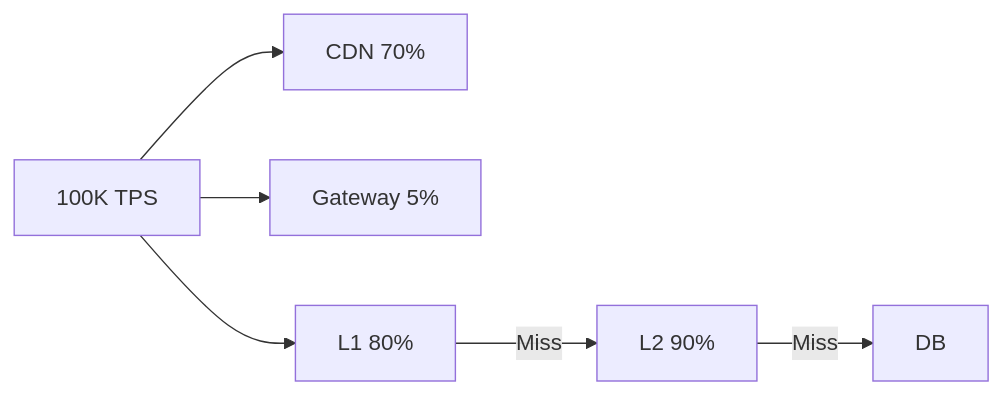
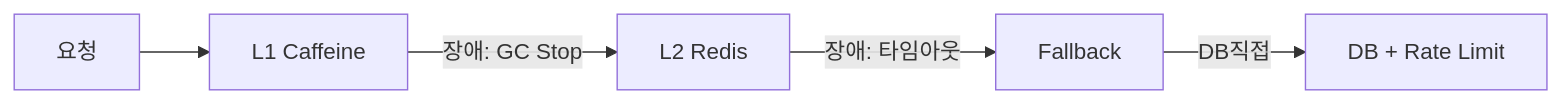
One commit to yjkim2015/yjkim2015.github.io changed the sixth of 8 diagrams in _posts/caching/2026-05-03-multi-layer-caching.md. Above: the diagram before and after it, drawn with Mermaid. The commit also changed other lines of this file and 4 other files, not shown here.

````diff
--- a/_posts/caching/2026-05-03-multi-layer-caching.md
+++ b/_posts/caching/2026-05-03-multi-layer-caching.md
@@ -505,8 +1169,7 @@
 ```mermaid
 graph LR
-    T["100K TPS"] --> CDN["CDN 70%"]
-    T --> GW["Gateway 5%"]
-    T --> L1["L1 80%"]
-    L1 -->|"Miss"| L2["L2 90%"]
-    L2 -->|"Miss"| DB["DB"]
+    REQ["요청"] --> L1["L1 Caffeine"]
+    L1 -->|"장애: GC Stop"| L2["L2 Redis"]
+    L2 -->|"장애: 타임아웃"| FB["Fallback"]
+    FB -->|"DB직접"| DB["DB + Rate Limit"]
 ```
````
